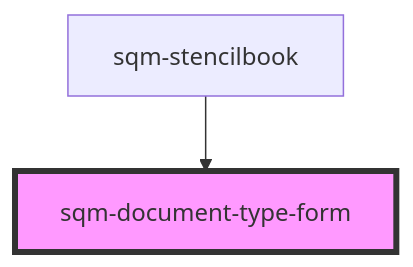
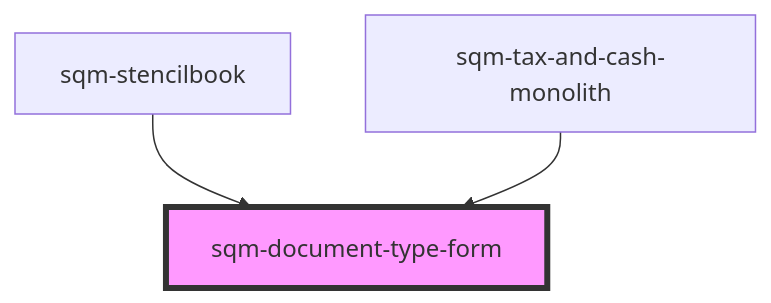
The diagram in packages/mint-components/src/components/tax-and-cash/sqm-document-type-form/readme.md (saasquatch/program-tools), drawn with Mermaid before and after one commit. The commit also changed other lines of this file and 11 other files, not shown here.

Commit message:
monolith tax and cash component

````diff
--- a/packages/mint-components/src/components/tax-and-cash/sqm-document-type-form/readme.md
+++ b/packages/mint-components/src/components/tax-and-cash/sqm-document-type-form/readme.md
@@ -35,5 +36,6 @@
 ```mermaid
 graph TD;
   sqm-stencilbook --> sqm-document-type-form
+  sqm-tax-and-cash-monolith --> sqm-document-type-form
   style sqm-document-type-form fill:#f9f,stroke:#333,stroke-width:4px
 ```
````
